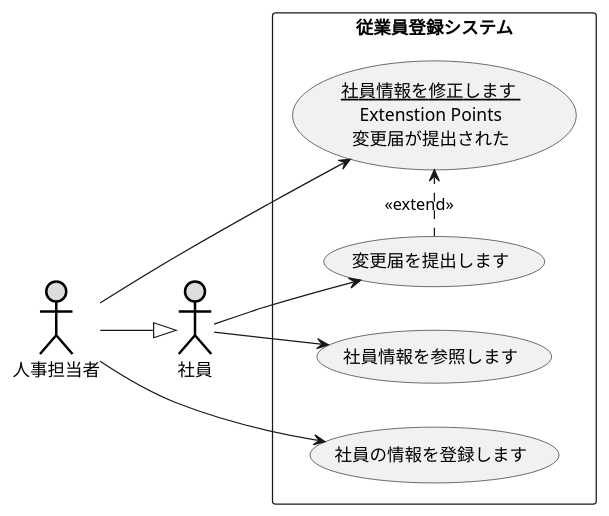
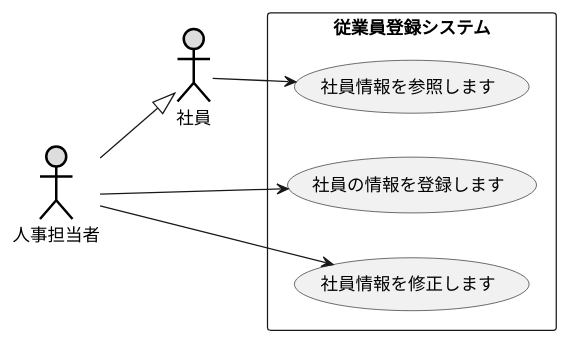
One commit to YumaSatou/uml-introduction changed the diagram in 演習2-6_盛岡システム_従業員登録システム.pu. Above: the diagram before and after it, drawn with PlantUML.

Commit message:
間違っていたところを修正しました

```diff
--- a/演習2-6_盛岡システム_従業員登録システム.pu
+++ b/演習2-6_盛岡システム_従業員登録システム.pu
@@ -1,19 +1,16 @@
 @startuml ユースケース図
 left to right direction
 actor 人事担当者#DDDDDD;line:black;line.bold;
 actor 社員#DDDDDD;line:black;line.bold;
 rectangle 従業員登録システム{
 usecase 社員の情報を登録します
 usecase 社員情報を参照します
-usecase (<u>社員情報を修正します<u> \nExtenstion Points\n変更届が提出された) as input
+usecase 社員情報を修正します
 
-usecase 変更届を提出します
+
 }
 人事担当者--> 社員の情報を登録します
-
 社員 --> 社員情報を参照します 
-社員 --> 変更届を提出します
-変更届を提出します .> input: << extend >>
-人事担当者--> input
+人事担当者--> 社員情報を修正します
 人事担当者 --|> 社員
 @enduml
```
